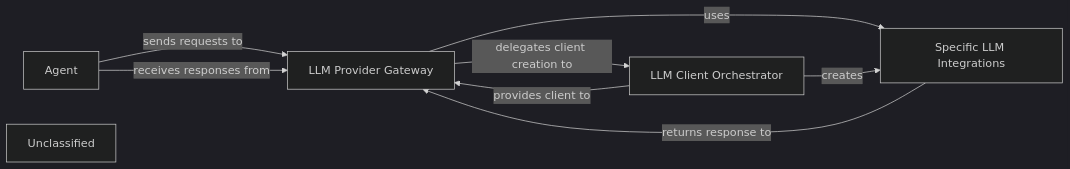
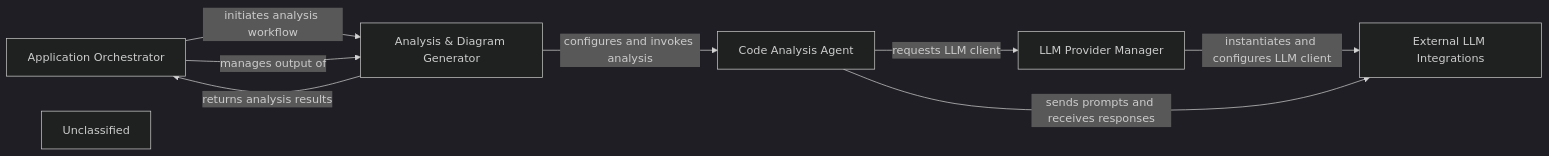
Before and after one commit to CodeBoarding/CodeBoarding: the diagram in .codeboarding/LLM_Provider_Gateway.md, drawn with Mermaid (dark theme). The commit also changed other lines of this file and 17 other files, not shown here.

First line of the commit message:
docs: update codeboarding documentation and generate architecture

````diff
--- a/.codeboarding/LLM_Provider_Gateway.md
+++ b/.codeboarding/LLM_Provider_Gateway.md
@@ -1,16 +1,17 @@
 ```mermaid
 graph LR
-    LLM_Provider_Gateway["LLM Provider Gateway"]
-    LLM_Client_Orchestrator["LLM Client Orchestrator"]
-    Specific_LLM_Integrations["Specific LLM Integrations"]
-    Agent["Agent"]
+    Application_Orchestrator["Application Orchestrator"]
+    Analysis_Diagram_Generator["Analysis & Diagram Generator"]
+    Code_Analysis_Agent["Code Analysis Agent"]
+    LLM_Provider_Manager["LLM Provider Manager"]
+    External_LLM_Integrations["External LLM Integrations"]
     Unclassified["Unclassified"]
-    LLM_Provider_Gateway -- "delegates client creation to" --> LLM_Client_Orchestrator
-    LLM_Provider_Gateway -- "uses" --> Specific_LLM_Integrations
-    LLM_Client_Orchestrator -- "creates" --> Specific_LLM_Integrations
-    LLM_Client_Orchestrator -- "provides client to" --> LLM_Provider_Gateway
-    Specific_LLM_Integrations -- "returns response to" --> LLM_Provider_Gateway
-    Agent -- "sends requests to" --> LLM_Provider_Gateway
-    Agent -- "receives responses from" --> LLM_Provider_Gateway
-    click LLM_Provider_Gateway href "https://github.com/CodeBoarding/CodeBoarding/blob/main/.codeboarding/LLM_Provider_Gateway.md" "Details"
+    Application_Orchestrator -- "initiates analysis workflow" --> Analysis_Diagram_Generator
+    Application_Orchestrator -- "manages output of" --> Analysis_Diagram_Generator
+    Analysis_Diagram_Generator -- "configures and invokes analysis" --> Code_Analysis_Agent
+    Code_Analysis_Agent -- "requests LLM client" --> LLM_Provider_Manager
+    LLM_Provider_Manager -- "instantiates and configures LLM client" --> External_LLM_Integrations
+    Code_Analysis_Agent -- "sends prompts and receives responses" --> External_LLM_Integrations
+    Analysis_Diagram_Generator -- "returns analysis results" --> Application_Orchestrator
+    click Application_Orchestrator href "https://github.com/CodeBoarding/CodeBoarding/blob/main/.codeboarding/Application_Orchestrator.md" "Details"
 ```
````
